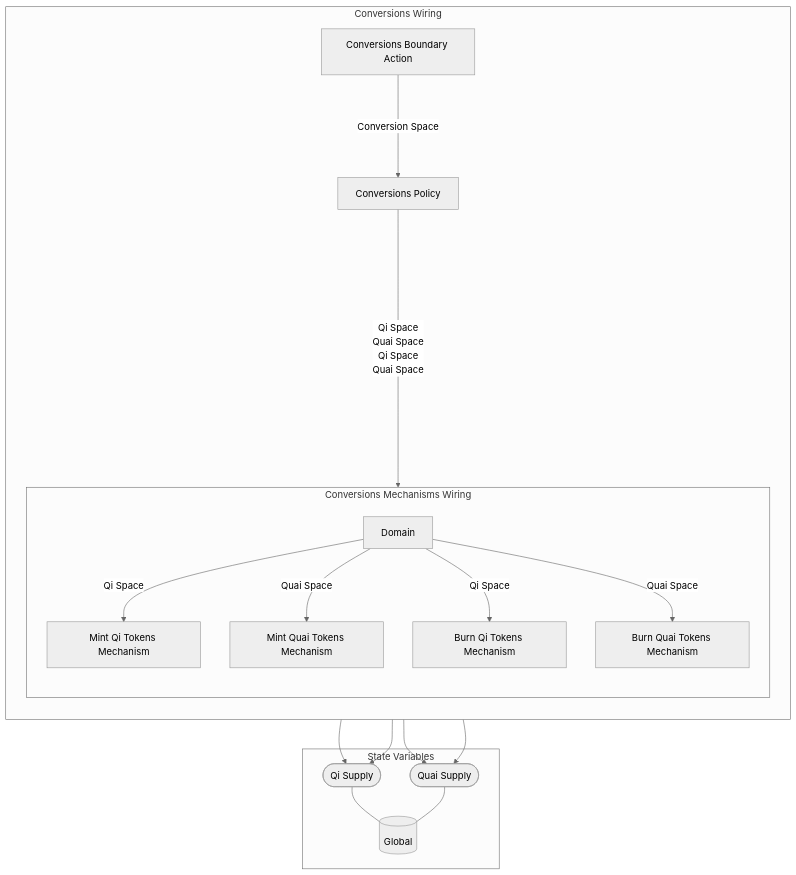
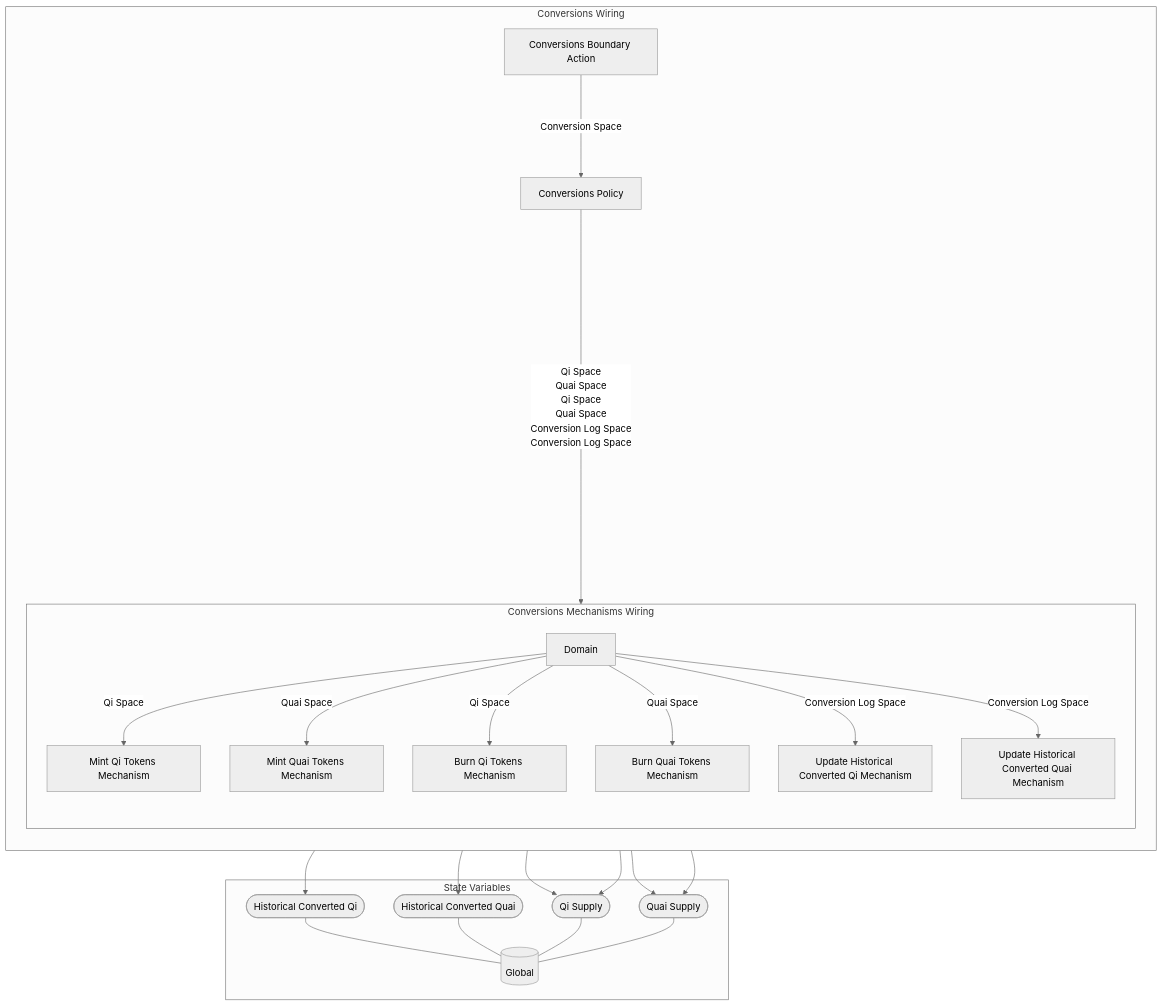
Before and after one commit to dominant-strategies/Quai-Macro-Model: the diagram in Research/MSML Scaffold/Wiring/Conversions Wiring.md, drawn with Mermaid (neutral theme). The commit also changed other lines of this file and 21 other files, not shown here.

````diff
--- a/Research/MSML Scaffold/Wiring/Conversions Wiring.md
+++ b/Research/MSML Scaffold/Wiring/Conversions Wiring.md
@@ -3,41 +3,53 @@
 ```mermaid
 graph TB
 
 subgraph SVS["State Variables"]
 EE0[("Global")]
-EES0(["Qi Supply"])
+EES0(["Historical Converted Qi"])
 EES0 --- EE0
-EES1(["Quai Supply"])
+EES1(["Historical Converted Quai"])
 EES1 --- EE0
+EES2(["Qi Supply"])
+EES2 --- EE0
+EES3(["Quai Supply"])
+EES3 --- EE0
 end
 
-subgraph X10["Conversions Wiring"]
+subgraph X12["Conversions Wiring"]
 direction TB
 X1["Conversions Boundary Action"]
 X2["Conversions Policy"]
-subgraph X9["Conversions Mechanisms Wiring"]
+subgraph X11["Conversions Mechanisms Wiring"]
 direction TB
 X3["Mint Qi Tokens Mechanism"]
-X3 --> EES0
+X3 --> EES2
 X4["Mint Quai Tokens Mechanism"]
-X4 --> EES1
+X4 --> EES3
 X5["Burn Qi Tokens Mechanism"]
-X5 --> EES0
+X5 --> EES2
 X6["Burn Quai Tokens Mechanism"]
-X6 --> EES1
-X7[Domain]
+X6 --> EES3
+X7["Update Historical Converted Qi Mechanism"]
+X7 --> EES0
+X8["Update Historical Converted Quai Mechanism"]
+X8 --> EES1
+X9[Domain]
 
 direction LR
 direction TB
-X7 --"Qi Space"--> X3
-X7 --"Quai Space"--> X4
-X7 --"Qi Space"--> X5
-X7 --"Quai Space"--> X6
+X9 --"Qi Space"--> X3
+X9 --"Quai Space"--> X4
+X9 --"Qi Space"--> X5
+X9 --"Quai Space"--> X6
+X9 --"Conversion Log Space"--> X7
+X9 --"Conversion Log Space"--> X8
 end
 X1--"Conversion Space"--->X2
 X2--"Qi Space
 Quai Space
 Qi Space
-Quai Space"------>X9
+Quai Space
+Conversion Log Space
+Conversion Log Space"-------->X11
 end
 ```
````
